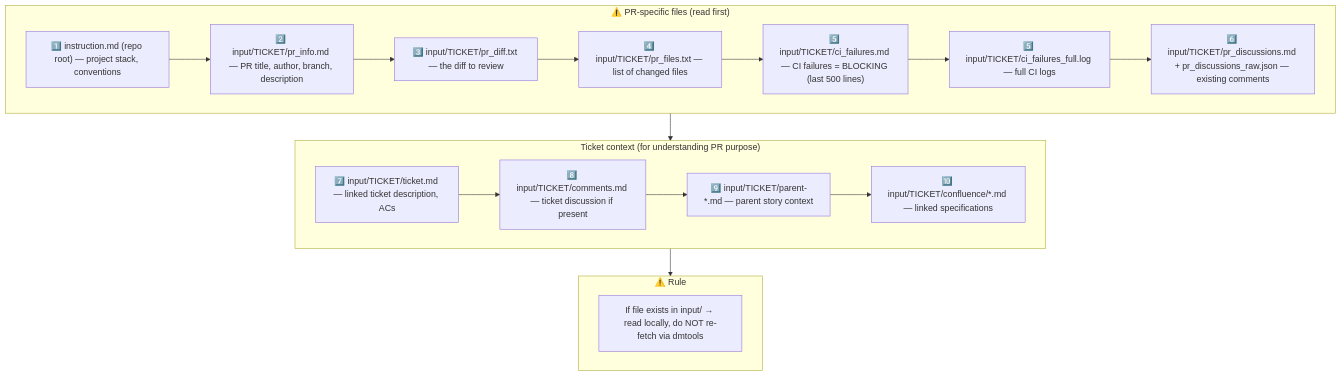
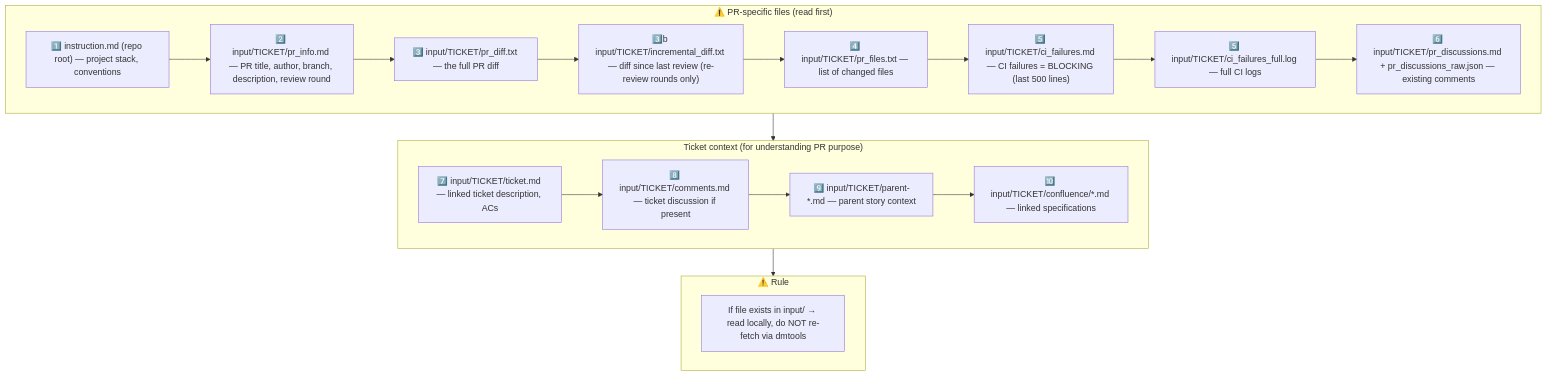
The second of 2 diagrams in .dmtools/agents/instructions/pr_review/general_guidelines.md (kejno/bonapp), drawn with Mermaid before and after one commit. The commit also changed other lines of this file and 3 other files, not shown here.

First line of the commit message:
fix(dmtools): scope pr_review re-review rounds to changed code only

````diff
--- a/.dmtools/agents/instructions/pr_review/general_guidelines.md
+++ b/.dmtools/agents/instructions/pr_review/general_guidelines.md
@@ -20,27 +27,28 @@
 ```mermaid
 flowchart TD
     subgraph PR_CONTEXT["⚠️ PR-specific files (read first)"]
         P1["1️⃣ instruction.md (repo root) — project stack, conventions"]
-        P2["2️⃣ input/TICKET/pr_info.md — PR title, author, branch, description"]
-        P3["3️⃣ input/TICKET/pr_diff.txt — the diff to review"]
+        P2["2️⃣ input/TICKET/pr_info.md — PR title, author, branch, description, review round"]
+        P3["3️⃣ input/TICKET/pr_diff.txt — the full PR diff"]
+        P3B["3️⃣b input/TICKET/incremental_diff.txt — diff since last review (re-review rounds only)"]
         P4["4️⃣ input/TICKET/pr_files.txt — list of changed files"]
         P5["5️⃣ input/TICKET/ci_failures.md — CI failures = BLOCKING (last 500 lines)"]
         P5_FULL["5️⃣ input/TICKET/ci_failures_full.log — full CI logs"]
         P6["6️⃣ input/TICKET/pr_discussions.md + pr_discussions_raw.json — existing comments"]
-        P1 --> P2 --> P3 --> P4 --> P5 --> P5_FULL --> P6
+        P1 --> P2 --> P3 --> P3B --> P4 --> P5 --> P5_FULL --> P6
     end
 
     subgraph TICKET_CONTEXT["Ticket context (for understanding PR purpose)"]
         T1["7️⃣ input/TICKET/ticket.md — linked ticket description, ACs"]
         T2["8️⃣ input/TICKET/comments.md — ticket discussion if present"]
         T3["9️⃣ input/TICKET/parent-*.md — parent story context"]
         T4["🔟 input/TICKET/confluence/*.md — linked specifications"]
         T1 --> T2 --> T3 --> T4
     end
 
     subgraph RULE["⚠️ Rule"]
         R1["If file exists in input/ → read locally, do NOT re-fetch via dmtools"]
     end
 
     PR_CONTEXT --> TICKET_CONTEXT --> RULE
 ```
````
